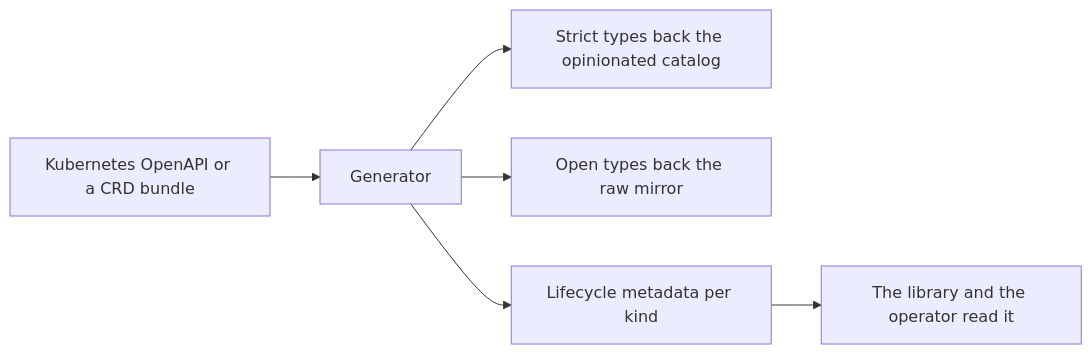
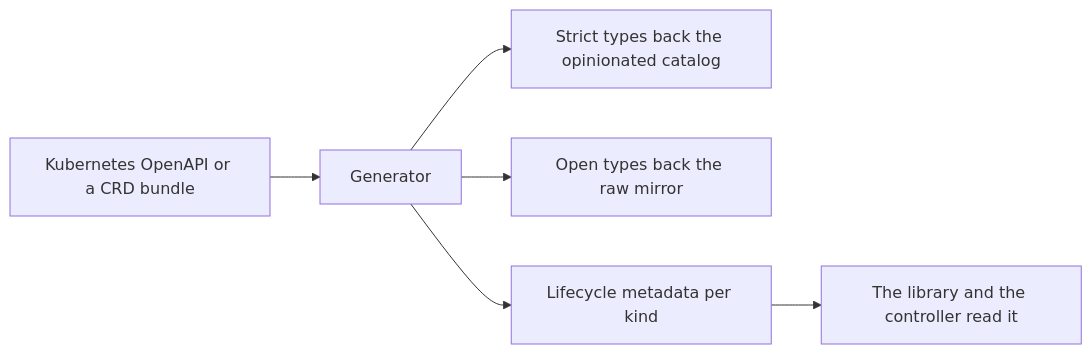
Before and after one commit to open-platform-model/enhancements: the diagram in openspec/changes/0005-kubernetes-native-refocus/design.md, drawn with Mermaid. The commit also changed other lines of this file and 219 other files, not shown here.

First line of the commit message:
refactor: rename opm-operator to opm-controller in the live entries (#113)

````diff
--- a/openspec/changes/0005-kubernetes-native-refocus/design.md
+++ b/openspec/changes/0005-kubernetes-native-refocus/design.md
@@ -5,8 +5,8 @@
 ```mermaid
 flowchart LR
     src["Kubernetes OpenAPI or a CRD bundle"] --> gen["Generator"]
     gen --> strict["Strict types back the opinionated catalog"]
     gen --> open["Open types back the raw mirror"]
     gen --> meta["Lifecycle metadata per kind"]
-    meta --> op["The library and the operator read it"]
+    meta --> op["The library and the controller read it"]
 ```
````
